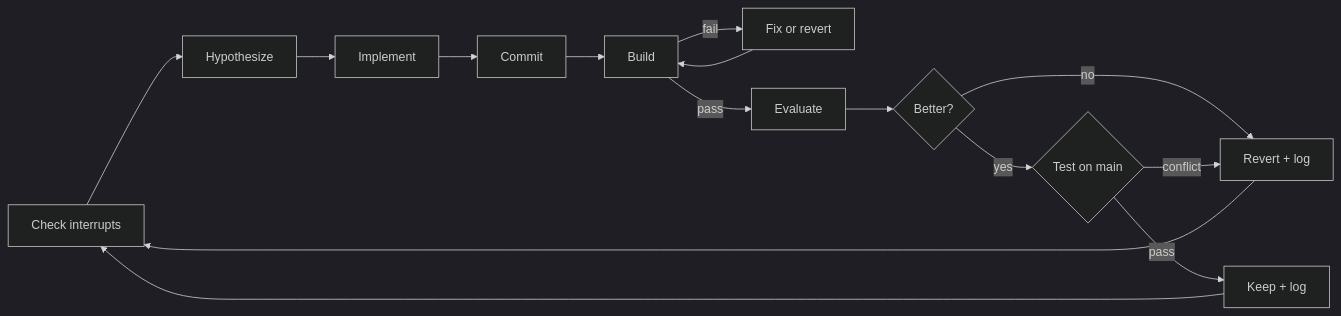
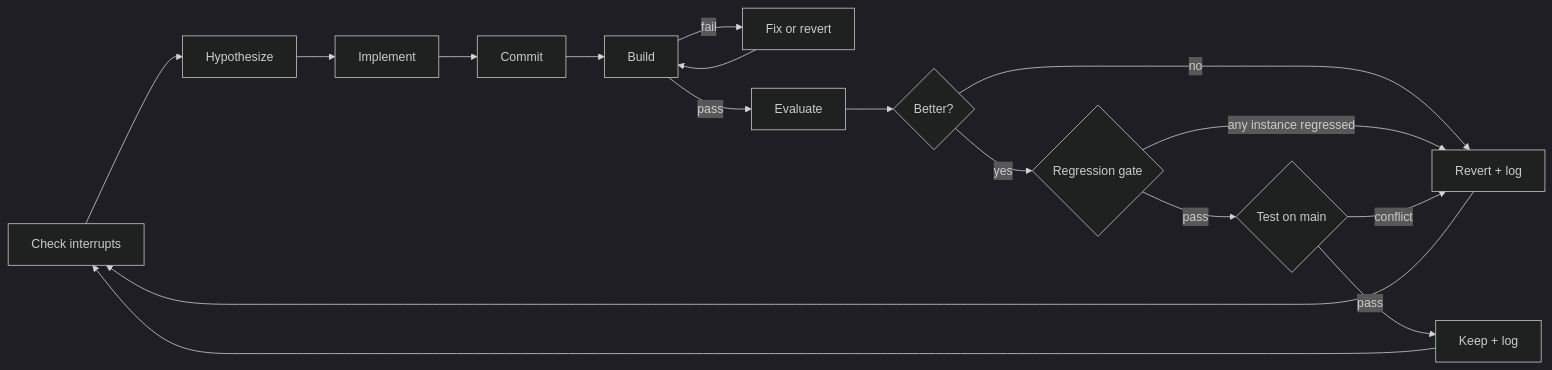
One commit to manganganath/mengerflock changed the second of 3 diagrams in README.md. Above: the diagram before and after it, drawn with Mermaid (dark theme). The commit also changed other lines of this file, not shown here.

First line of the commit message:
docs: update README for v0.3.0 — regression gates, data sourcing, parameter sweeps

````diff
--- a/README.md
+++ b/README.md
@@ -92,17 +92,19 @@
 ```mermaid
 graph LR
     Int[Check interrupts] --> H[Hypothesize]
     H --> I[Implement]
     I --> C[Commit]
     C --> B[Build]
     B -->|fail| Fix[Fix or revert]
     Fix --> B
     B -->|pass| E[Evaluate]
     E --> Compare{Better?}
     Compare -->|no| Discard[Revert + log]
-    Compare -->|yes| Comp{Test on main}
+    Compare -->|yes| RG{Regression gate}
+    RG -->|any instance regressed| Discard
+    RG -->|pass| Comp{Test on main}
     Comp -->|pass| Keep[Keep + log]
     Comp -->|conflict| Discard
     Keep --> Int
     Discard --> Int
 ```
````
